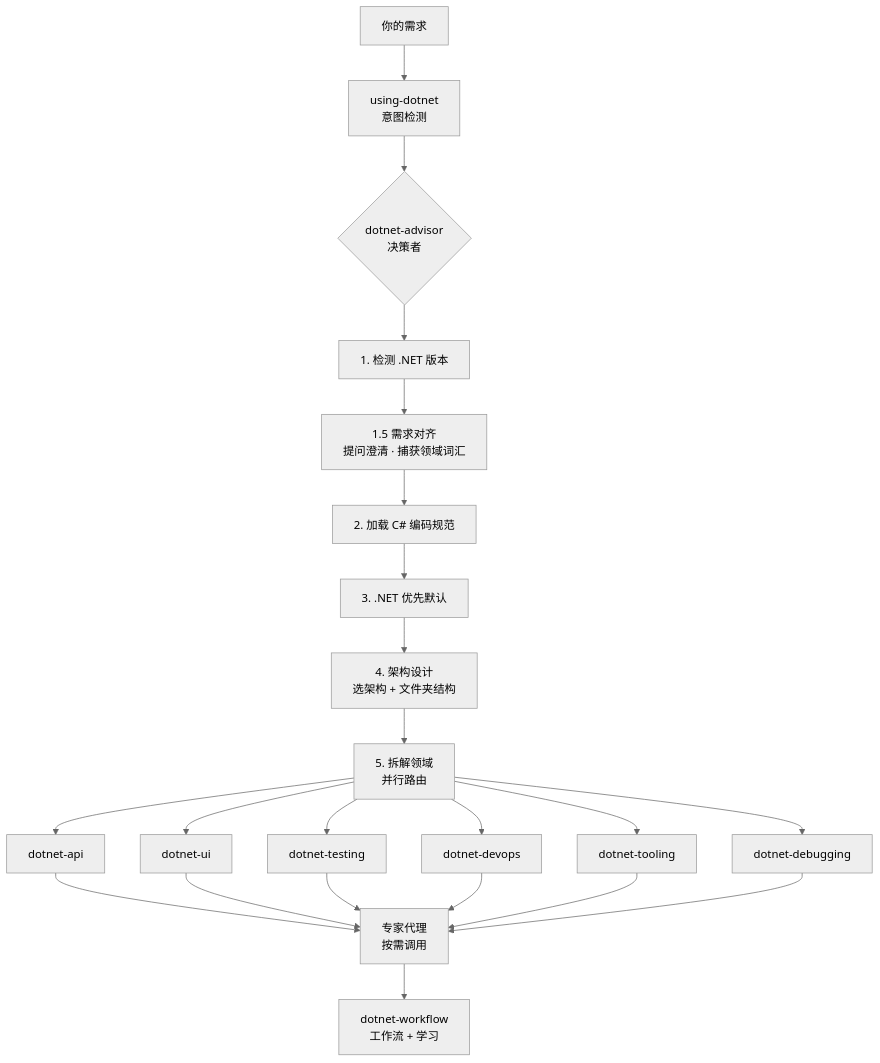
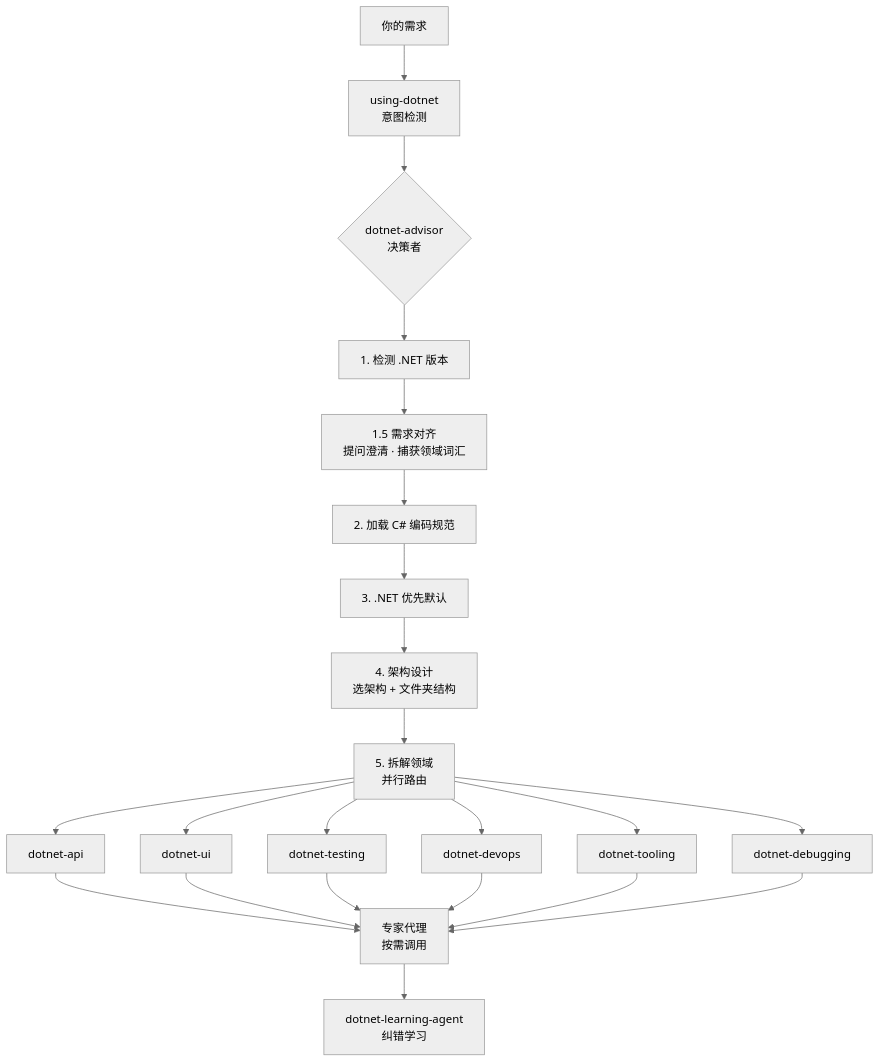
The diagram in README.md (YataoFeng/dotnet-artisan), drawn with Mermaid (neutral theme) before and after one commit. The commit also changed other lines of this file and 1 other file, not shown here.

Commit message:
fix: update flowchart and example to reference learning-agent instead of workflow for learning

````diff
--- a/README.md
+++ b/README.md
@@ -34,20 +34,20 @@
 ```mermaid
 flowchart TD
     A[你的需求] --> B[using-dotnet<br/>意图检测]
     B --> C{dotnet-advisor<br/>决策者}
     C --> D[1. 检测 .NET 版本]
     D --> E[1.5 需求对齐<br/>提问澄清 · 捕获领域词汇]
     E --> F[2. 加载 C# 编码规范]
     F --> G[3. .NET 优先默认]
     G --> H[4. 架构设计<br/>选架构 + 文件夹结构]
     H --> I[5. 拆解领域<br/>并行路由]
     I --> J[dotnet-api]
     I --> K[dotnet-ui]
     I --> L[dotnet-testing]
     I --> M[dotnet-devops]
     I --> N[dotnet-tooling]
     I --> O[dotnet-debugging]
     J --> P[专家代理<br/>按需调用]
     K --> P; L --> P; M --> P; N --> P; O --> P
-    P --> Q[dotnet-workflow<br/>工作流 + 学习]
+    P --> Q[dotnet-learning-agent<br/>纠错学习]
 ```
````
